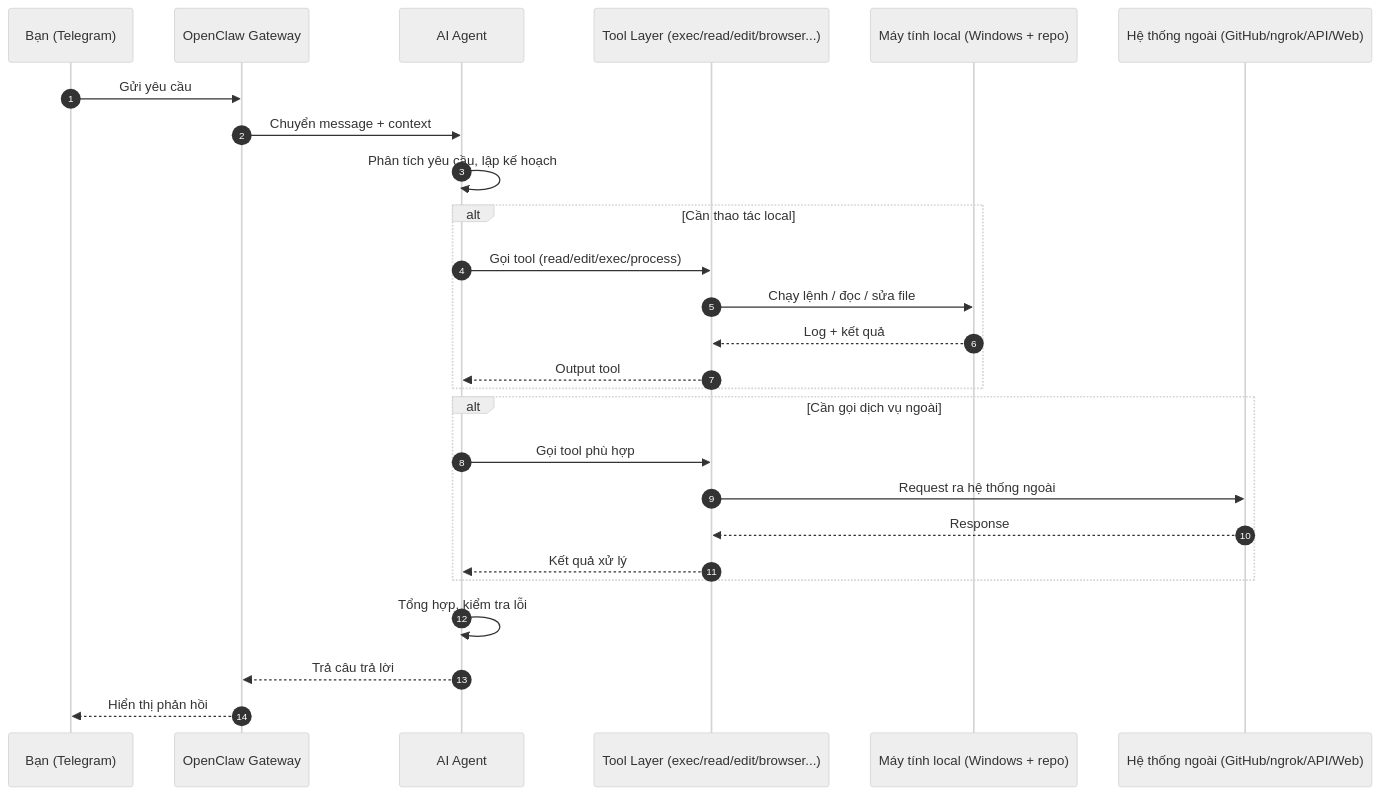
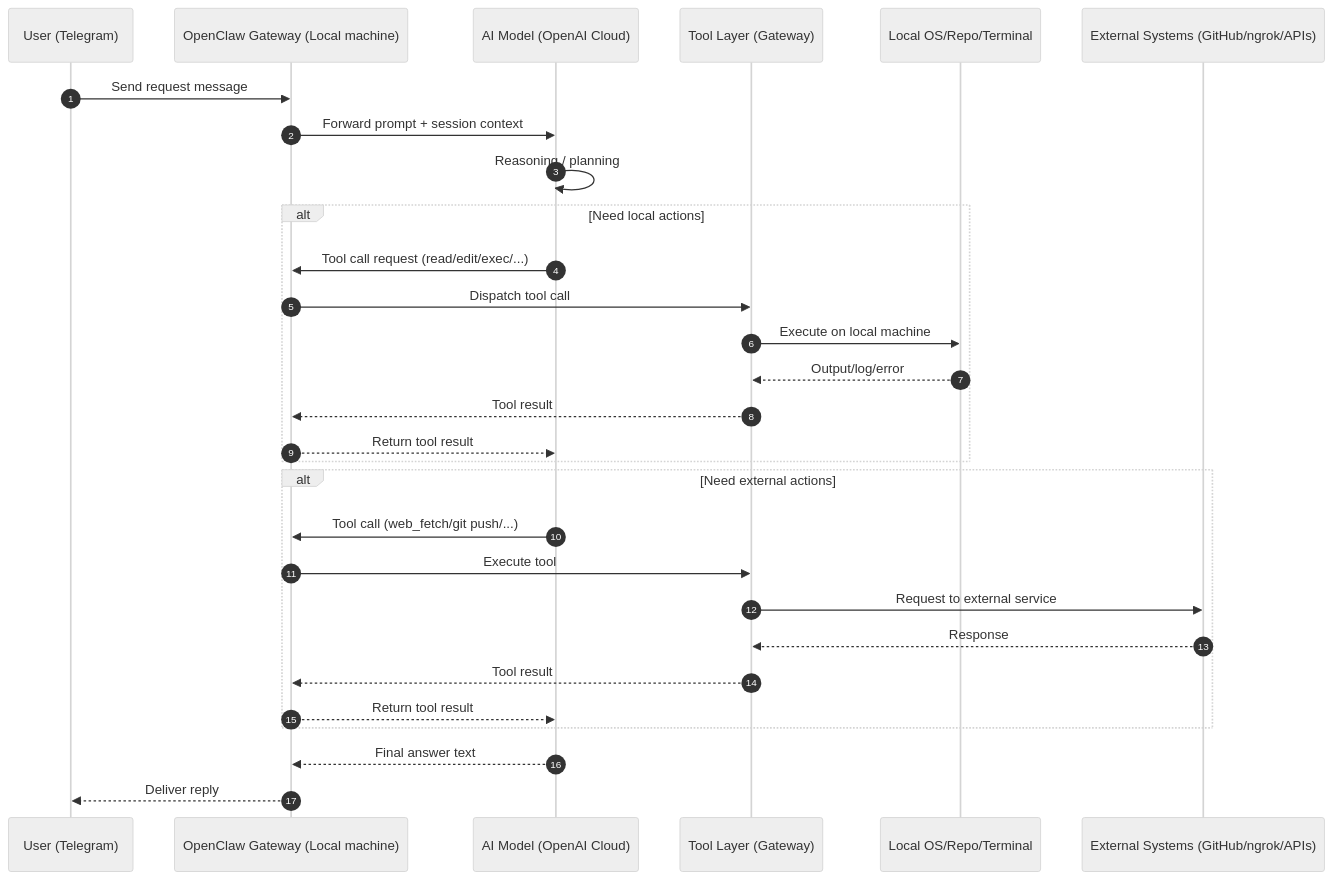
Before and after one commit to xoaicatchu/Ai-agent-collection: the first of 2 diagrams in ai-sequence-diagram/SEQUENCE.md, drawn with Mermaid (neutral theme). The commit also changed other lines of this file, not shown here.

Commit message:
docs: clarify where AI runs (cloud) vs where tools run (local) with detailed diagrams

````diff
--- a/ai-sequence-diagram/SEQUENCE.md
+++ b/ai-sequence-diagram/SEQUENCE.md
@@ -3,32 +39,35 @@
 ```mermaid
 sequenceDiagram
     autonumber
-    participant U as Bạn (Telegram)
-    participant G as OpenClaw Gateway
-    participant A as AI Agent
-    participant T as Tool Layer (exec/read/edit/browser...)
-    participant M as Máy tính local (Windows + repo)
-    participant X as Hệ thống ngoài (GitHub/ngrok/API/Web)
+    participant U as User (Telegram)
+    participant GW as OpenClaw Gateway (Local machine)
+    participant AI as AI Model (OpenAI Cloud)
+    participant TL as Tool Layer (Gateway)
+    participant L as Local OS/Repo/Terminal
+    participant EXT as External Systems (GitHub/ngrok/APIs)
 
-    U->>G: Gửi yêu cầu
-    G->>A: Chuyển message + context
-    A->>A: Phân tích yêu cầu, lập kế hoạch
+    U->>GW: Send request message
+    GW->>AI: Forward prompt + session context
+    AI->>AI: Reasoning / planning
 
-    alt Cần thao tác local
-        A->>T: Gọi tool (read/edit/exec/process)
-        T->>M: Chạy lệnh / đọc / sửa file
-        M-->>T: Log + kết quả
-        T-->>A: Output tool
+    alt Need local actions
+        AI->>GW: Tool call request (read/edit/exec/...)
+        GW->>TL: Dispatch tool call
+        TL->>L: Execute on local machine
+        L-->>TL: Output/log/error
+        TL-->>GW: Tool result
+        GW-->>AI: Return tool result
     end
 
-    alt Cần gọi dịch vụ ngoài
-        A->>T: Gọi tool phù hợp
-        T->>X: Request ra hệ thống ngoài
-        X-->>T: Response
-        T-->>A: Kết quả xử lý
+    alt Need external actions
+        AI->>GW: Tool call (web_fetch/git push/...)
+        GW->>TL: Execute tool
+        TL->>EXT: Request to external service
+        EXT-->>TL: Response
+        TL-->>GW: Tool result
+        GW-->>AI: Return tool result
     end
 
-    A->>A: Tổng hợp, kiểm tra lỗi
-    A-->>G: Trả câu trả lời
-    G-->>U: Hiển thị phản hồi
+    AI-->>GW: Final answer text
+    GW-->>U: Deliver reply
 ```
````
